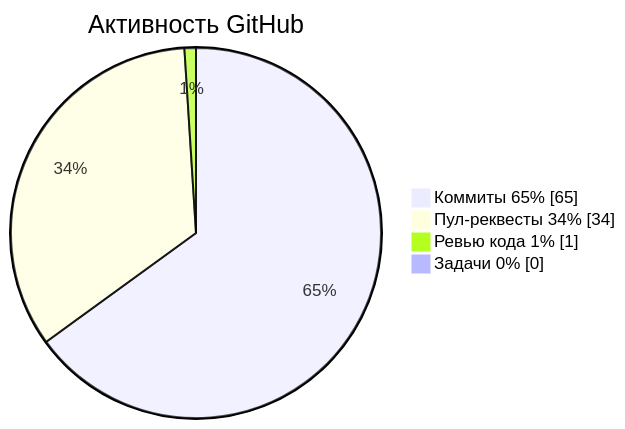
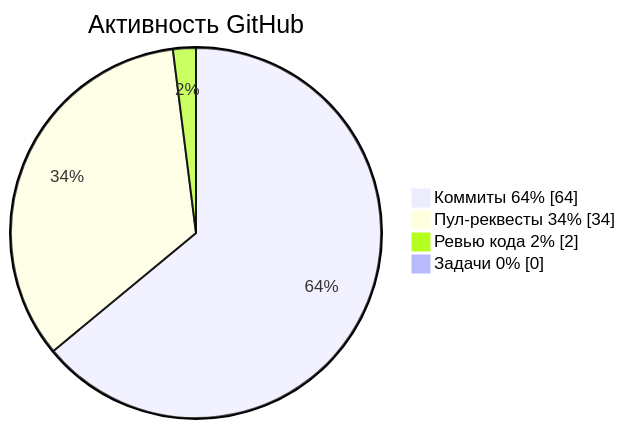
The diagram in README.md (krotname/KrotName), drawn with Mermaid before and after one commit. The commit also changed other lines of this file and 1 other file, not shown here.

Commit message:
Update profile metrics

````diff
--- a/README.md
+++ b/README.md
@@ -46,8 +46,8 @@
 ```mermaid
 pie showData
     title Активность GitHub
-    "Коммиты 65%" : 65
+    "Коммиты 64%" : 64
     "Пул-реквесты 34%" : 34
-    "Ревью кода 1%" : 1
+    "Ревью кода 2%" : 2
     "Задачи 0%" : 0
 ```
````
